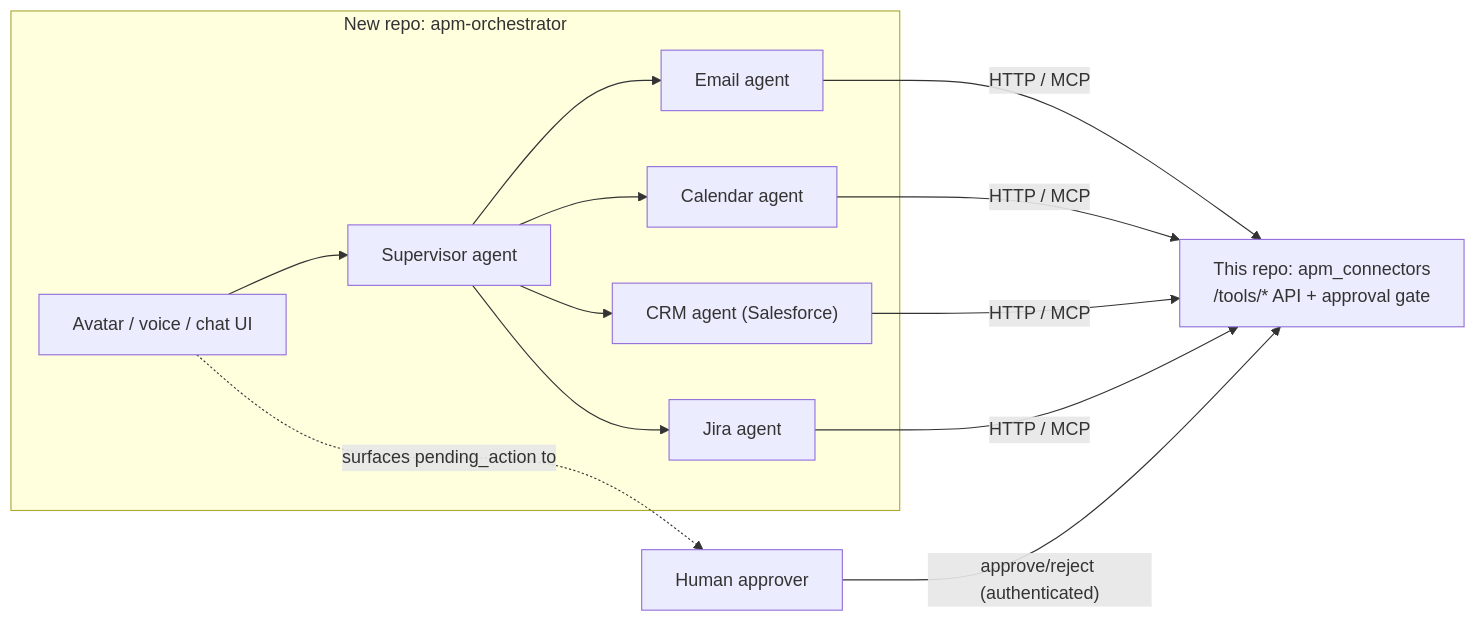
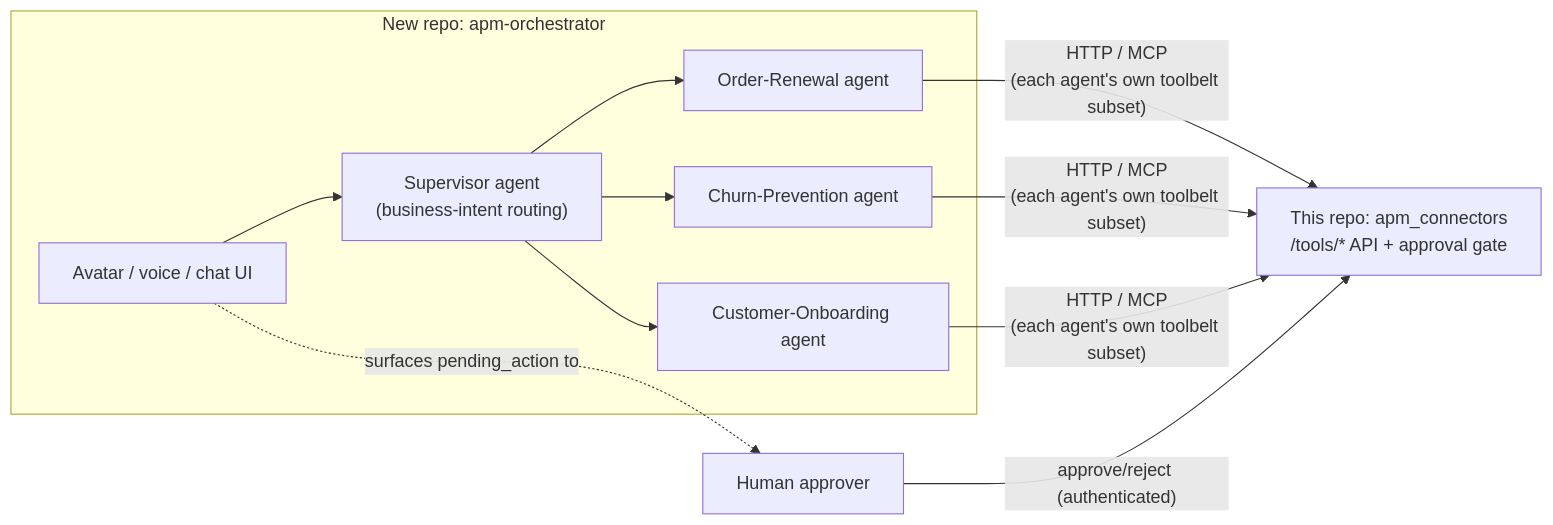
Before and after one commit to ravindraaws77/APM_Connectors_Enterprise_Systems: the diagram in docs/roadmap.md, drawn with Mermaid. The commit also changed other lines of this file, not shown here.

First line of the commit message:
Decompose specialized agents by business process, not connector

````diff
--- a/docs/roadmap.md
+++ b/docs/roadmap.md
@@ -19,19 +19,18 @@
 ```mermaid
 flowchart LR
     subgraph repoA["New repo: apm-orchestrator"]
         avatar["Avatar / voice / chat UI"]
-        supervisor["Supervisor agent"]
-        emailAgent["Email agent"]
-        calAgent["Calendar agent"]
-        crmAgent["CRM agent (Salesforce)"]
-        jiraAgent["Jira agent"]
+        supervisor["Supervisor agent<br/>(business-intent routing)"]
+        renewal["Order-Renewal agent"]
+        churn["Churn-Prevention agent"]
+        onboarding["Customer-Onboarding agent"]
         avatar --> supervisor
-        supervisor --> emailAgent & calAgent & crmAgent & jiraAgent
+        supervisor --> renewal & churn & onboarding
     end
     human["Human approver"]
     repoB["This repo: apm_connectors\n/tools/* API + approval gate"]
 
-    emailAgent & calAgent & crmAgent & jiraAgent -- "HTTP / MCP" --> repoB
+    renewal & churn & onboarding -- "HTTP / MCP\n(each agent's own toolbelt subset)" --> repoB
     avatar -. "surfaces pending_action to" .-> human
     human -- "approve/reject (authenticated)" --> repoB
 ```
````
